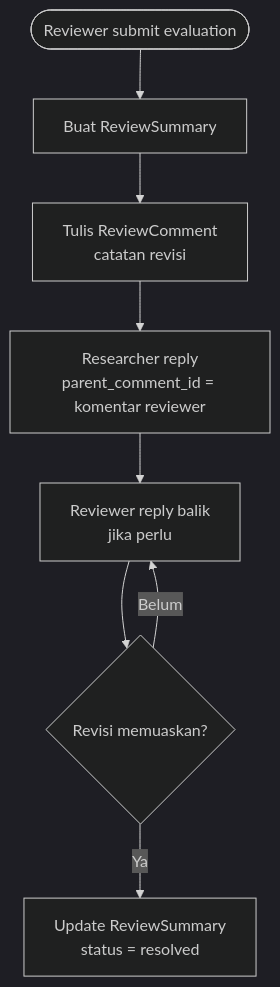
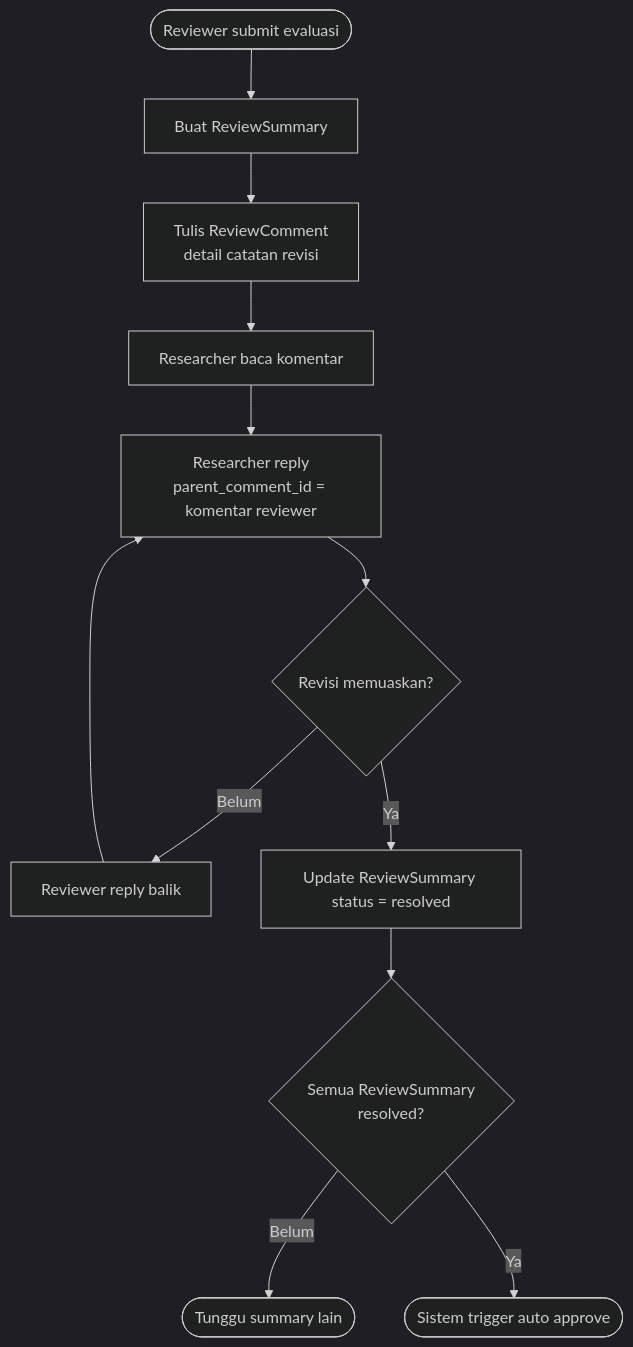
Before and after one commit to nas11ai/sim-kerjasama-itk: the second of 4 diagrams in docs/requirement-analysis/ddd/core/02_review.md, drawn with Mermaid (dark theme). The commit also changed other lines of this file and 12 other files, not shown here.

````diff
--- a/docs/requirement-analysis/ddd/core/02_review.md
+++ b/docs/requirement-analysis/ddd/core/02_review.md
@@ -61,10 +72,14 @@
 ```mermaid
 flowchart TD
-    START([Reviewer submit evaluation]) --> A[Buat ReviewSummary]
-    A --> B[Tulis ReviewComment<br/>catatan revisi]
-    B --> C[Researcher reply<br/>parent_comment_id = komentar reviewer]
-    C --> D[Reviewer reply balik<br/>jika perlu]
+    START([Reviewer submit evaluasi]) --> A[Buat ReviewSummary]
+    A --> B[Tulis ReviewComment<br/>detail catatan revisi]
+    B --> C[Researcher baca komentar]
+    C --> D[Researcher reply<br/>parent_comment_id = komentar reviewer]
     D --> E{Revisi memuaskan?}
-    E -->|Belum| D
-    E -->|Ya| F[Update ReviewSummary<br/>status = resolved]
+    E -->|Belum| F[Reviewer reply balik]
+    F --> D
+    E -->|Ya| G[Update ReviewSummary status = resolved]
+    G --> H{Semua ReviewSummary<br/>resolved?}
+    H -->|Belum| WAIT([Tunggu summary lain])
+    H -->|Ya| AUTO([Sistem trigger auto approve])
 ```
````
